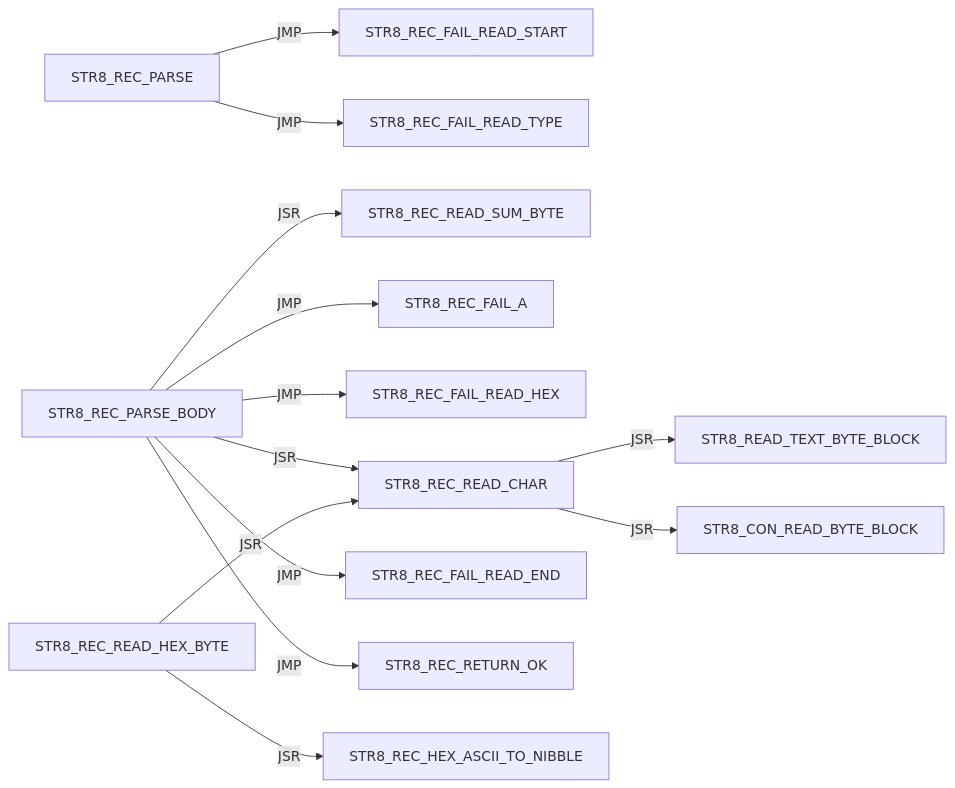
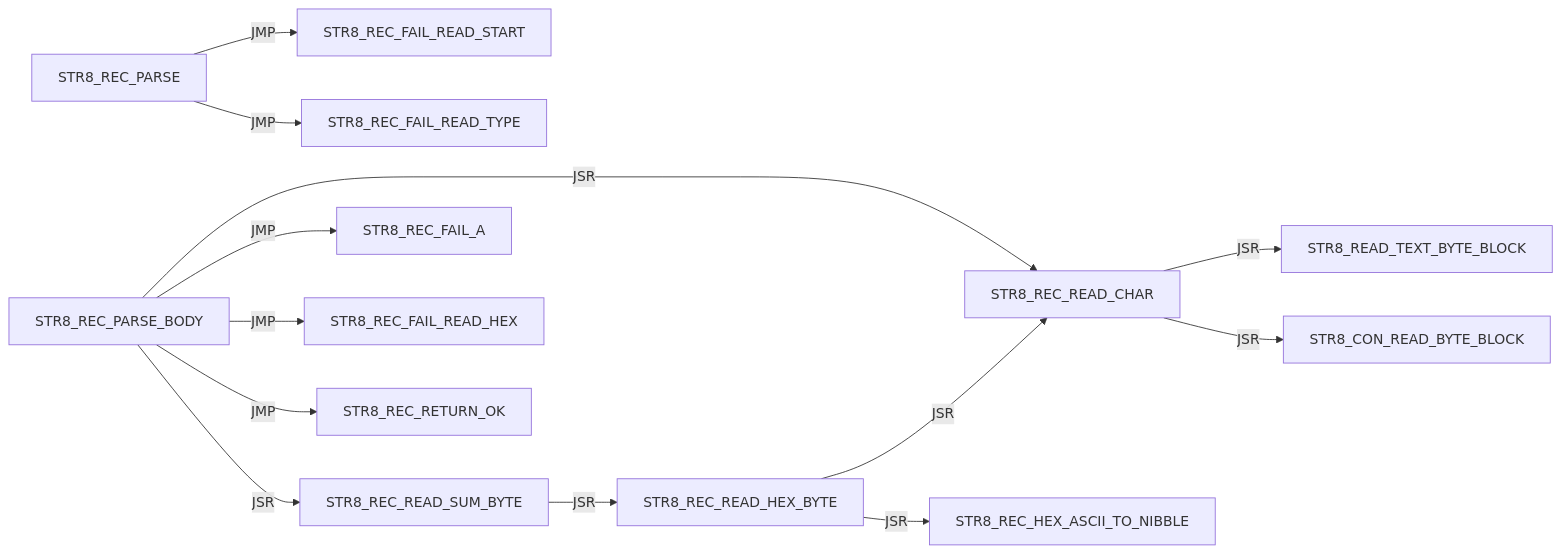
Before and after one commit to 95westus/R-YORS: diagram 26 of 41 in DOC/GUIDES/STR8/STR8_EDGE_DUMP.md, drawn with Mermaid. The commit also changed other lines of this file and 17 other files, not shown here.

````diff
--- a/DOC/GUIDES/STR8/STR8_EDGE_DUMP.md
+++ b/DOC/GUIDES/STR8/STR8_EDGE_DUMP.md
@@ -396,15 +381,15 @@
 ```mermaid
 flowchart LR
     N0["STR8_REC_PARSE"] -->|JMP| N1["STR8_REC_FAIL_READ_START"]
     N0["STR8_REC_PARSE"] -->|JMP| N2["STR8_REC_FAIL_READ_TYPE"]
     N3["STR8_REC_PARSE_BODY"] -->|JSR| N4["STR8_REC_READ_SUM_BYTE"]
     N3["STR8_REC_PARSE_BODY"] -->|JMP| N5["STR8_REC_FAIL_A"]
     N3["STR8_REC_PARSE_BODY"] -->|JMP| N6["STR8_REC_FAIL_READ_HEX"]
     N3["STR8_REC_PARSE_BODY"] -->|JSR| N7["STR8_REC_READ_CHAR"]
-    N3["STR8_REC_PARSE_BODY"] -->|JMP| N8["STR8_REC_FAIL_READ_END"]
-    N3["STR8_REC_PARSE_BODY"] -->|JMP| N9["STR8_REC_RETURN_OK"]
-    N7["STR8_REC_READ_CHAR"] -->|JSR| N10["STR8_READ_TEXT_BYTE_BLOCK"]
-    N7["STR8_REC_READ_CHAR"] -->|JSR| N11["STR8_CON_READ_BYTE_BLOCK"]
-    N12["STR8_REC_READ_HEX_BYTE"] -->|JSR| N7["STR8_REC_READ_CHAR"]
-    N12["STR8_REC_READ_HEX_BYTE"] -->|JSR| N13["STR8_REC_HEX_ASCII_TO_NIBBLE"]
+    N3["STR8_REC_PARSE_BODY"] -->|JMP| N8["STR8_REC_RETURN_OK"]
+    N7["STR8_REC_READ_CHAR"] -->|JSR| N9["STR8_READ_TEXT_BYTE_BLOCK"]
+    N7["STR8_REC_READ_CHAR"] -->|JSR| N10["STR8_CON_READ_BYTE_BLOCK"]
+    N11["STR8_REC_READ_HEX_BYTE"] -->|JSR| N7["STR8_REC_READ_CHAR"]
+    N11["STR8_REC_READ_HEX_BYTE"] -->|JSR| N12["STR8_REC_HEX_ASCII_TO_NIBBLE"]
+    N4["STR8_REC_READ_SUM_BYTE"] -->|JSR| N11["STR8_REC_READ_HEX_BYTE"]
 ```
````
